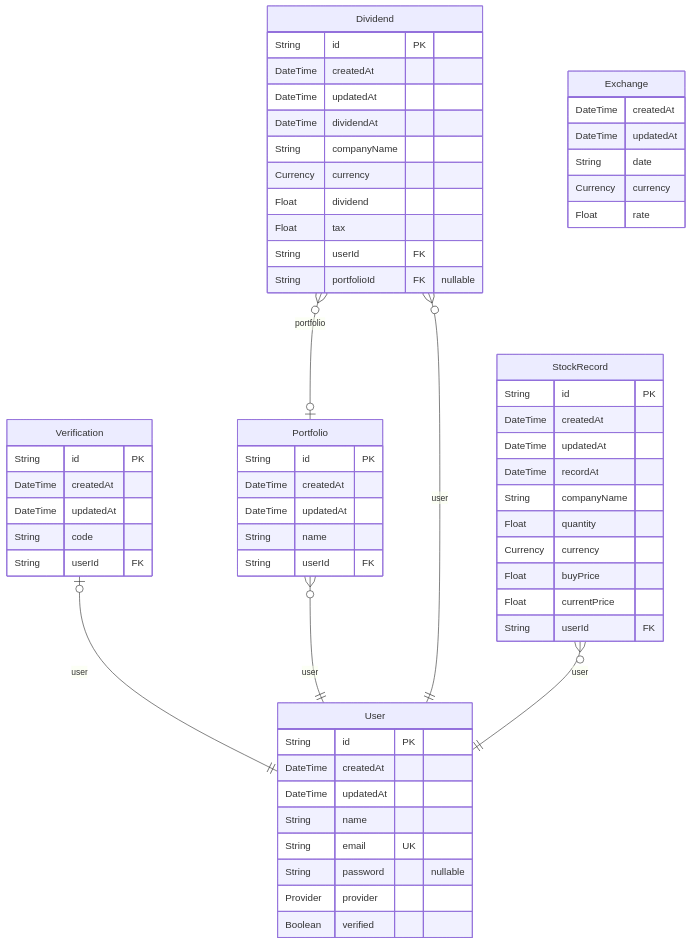
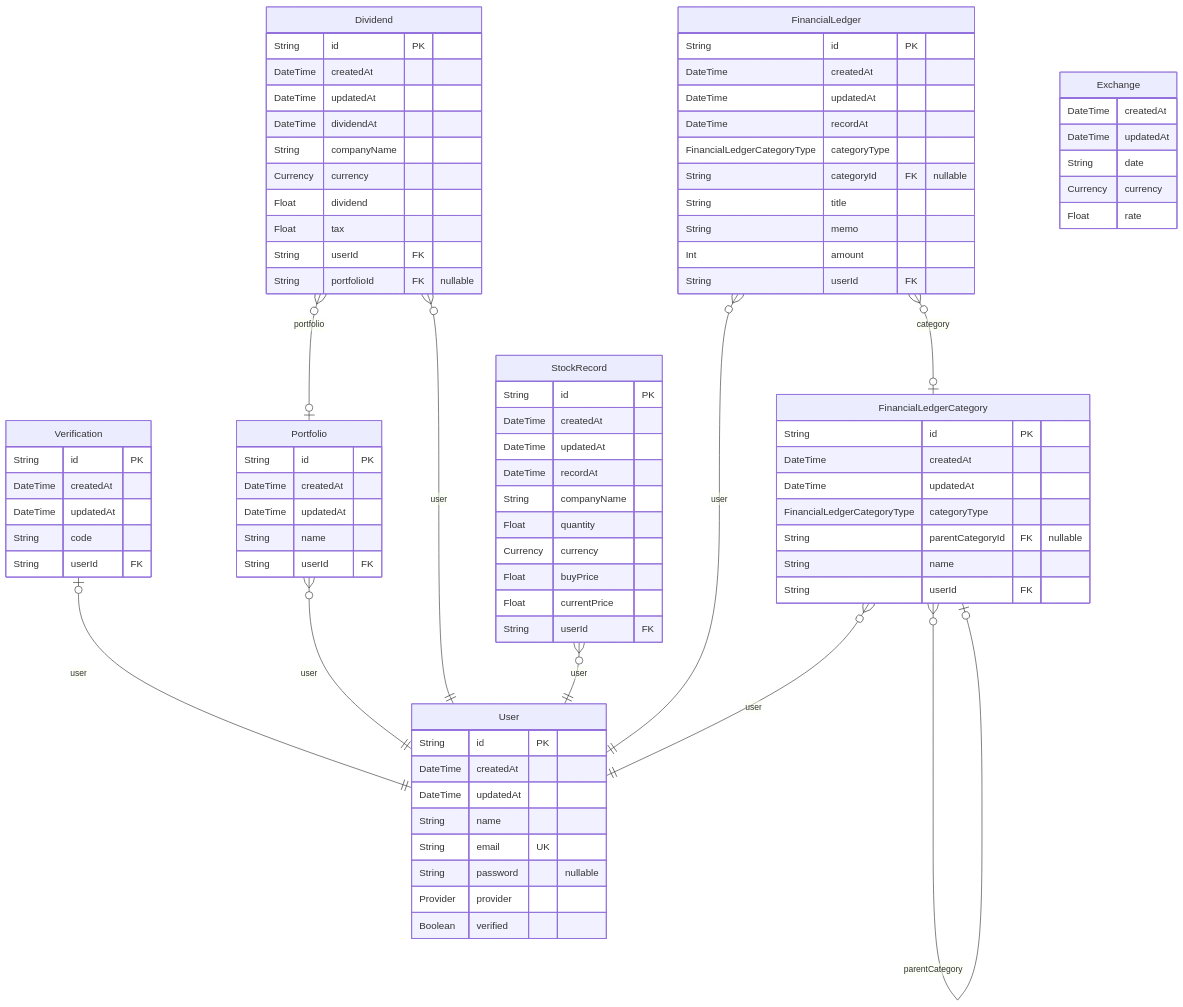
One commit to LimMinKyo/richdiary-api changed the diagram in docs/ERD.md. Above: the diagram before and after it, drawn with Mermaid. The commit also changed other lines of this file and 3 other files, not shown here.

Commit message:
🔧 Add: schema.prisma 가계부 model 추가

````diff
--- a/docs/ERD.md
+++ b/docs/ERD.md
@@ -54,6 +54,27 @@
   Float currentPrice
   String userId FK
 }
+"FinancialLedger" {
+  String id PK
+  DateTime createdAt
+  DateTime updatedAt
+  DateTime recordAt
+  FinancialLedgerCategoryType categoryType
+  String categoryId FK "nullable"
+  String title
+  String memo
+  Int amount
+  String userId FK
+}
+"FinancialLedgerCategory" {
+  String id PK
+  DateTime createdAt
+  DateTime updatedAt
+  FinancialLedgerCategoryType categoryType
+  String parentCategoryId FK "nullable"
+  String name
+  String userId FK
+}
 "Exchange" {
   DateTime createdAt
   DateTime updatedAt
@@ -66,4 +87,8 @@
 "Dividend" }o--|| "User" : user
 "Dividend" }o--o| "Portfolio" : portfolio
 "StockRecord" }o--|| "User" : user
+"FinancialLedger" }o--o| "FinancialLedgerCategory" : category
+"FinancialLedger" }o--|| "User" : user
+"FinancialLedgerCategory" }o--o| "FinancialLedgerCategory" : parentCategory
+"FinancialLedgerCategory" }o--|| "User" : user
 ```
````
